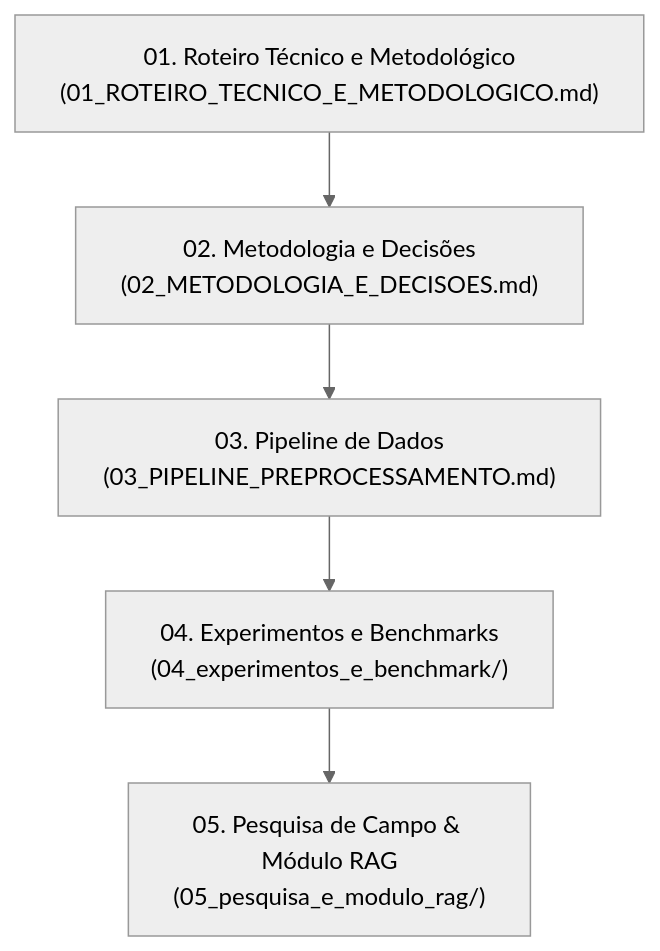
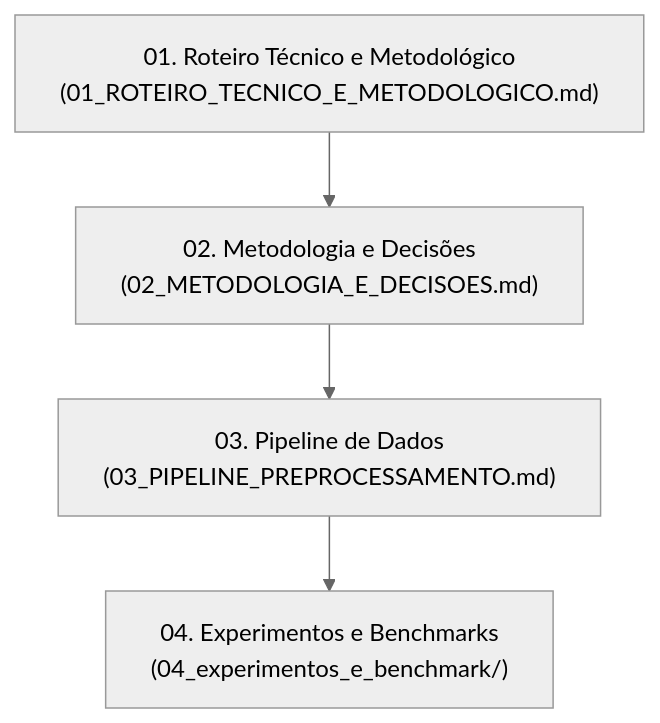
One commit to nanshibukawa/soybean-leaf-pest-damage changed the diagram in docs/README.md. Above: the diagram before and after it, drawn with Mermaid (neutral theme). The commit also changed other lines of this file and 1 other file, not shown here.

Commit message:
docs: untrack internal research and RAG notes to focus purely on core thesis

````diff
--- a/docs/README.md
+++ b/docs/README.md
@@ -12,7 +12,6 @@
 ```mermaid
 flowchart TD
     A["01. Roteiro Técnico e Metodológico<br/>(01_ROTEIRO_TECNICO_E_METODOLOGICO.md)"] --> B["02. Metodologia e Decisões<br/>(02_METODOLOGIA_E_DECISOES.md)"]
     B --> C["03. Pipeline de Dados<br/>(03_PIPELINE_PREPROCESSAMENTO.md)"]
     C --> D["04. Experimentos e Benchmarks<br/>(04_experimentos_e_benchmark/)"]
-    D --> E["05. Pesquisa de Campo & Módulo RAG<br/>(05_pesquisa_e_modulo_rag/)"]
 ```
````
